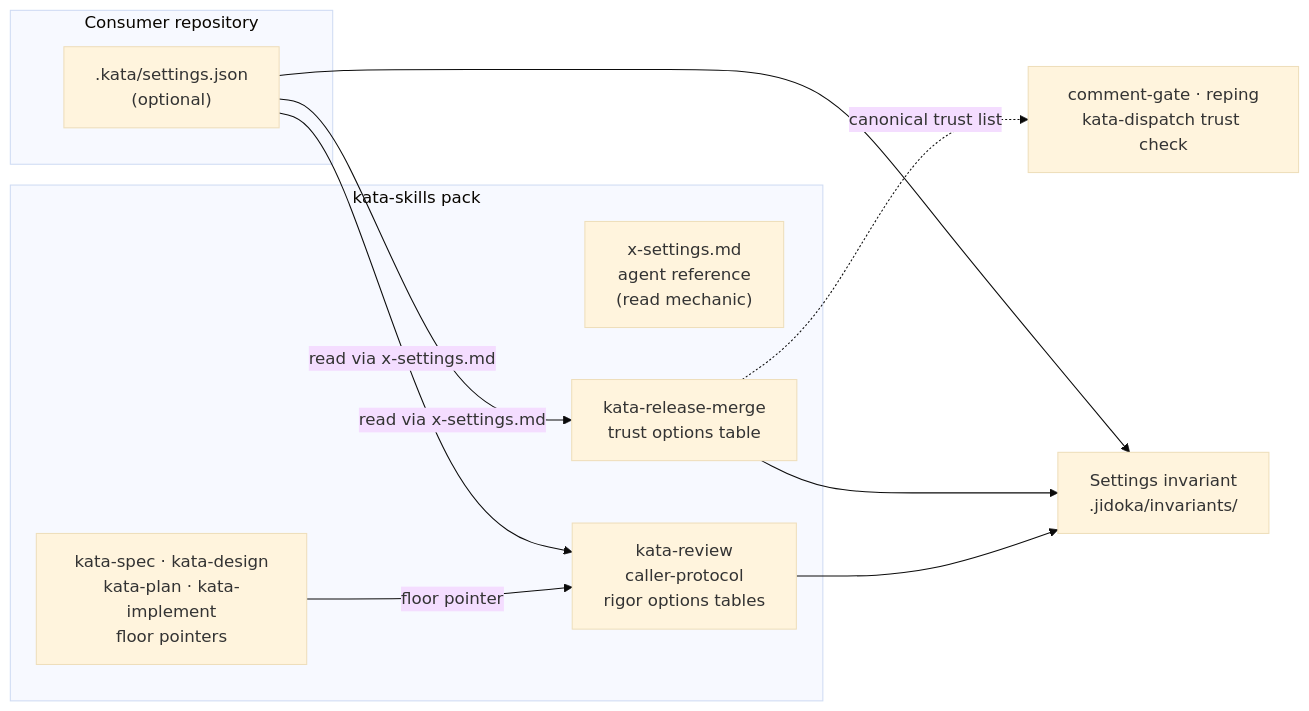
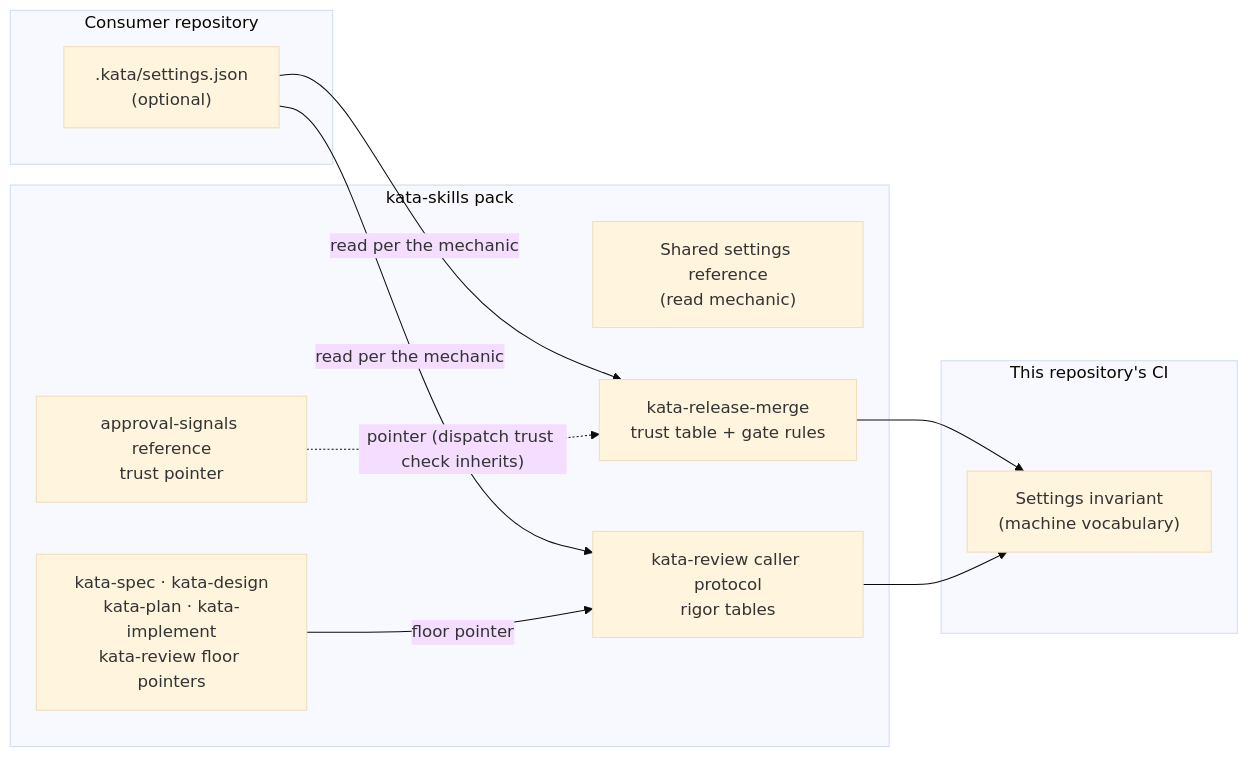
The diagram in specs/2290-kata-settings-file/design-a.md (forwardimpact/monorepo), drawn with Mermaid (base theme) before and after one commit. The commit also changed other lines of this file and 1 other file, not shown here.

First line of the commit message:
spec(2290): address review-panel findings on spec and design

````diff
--- a/specs/2290-kata-settings-file/design-a.md
+++ b/specs/2290-kata-settings-file/design-a.md
@@ -11,20 +11,22 @@
 ```mermaid
 graph LR
     subgraph consumer["Consumer repository"]
         SF[".kata/settings.json<br/>(optional)"]
     end
     subgraph pack["kata-skills pack"]
-        XR["x-settings.md<br/>agent reference<br/>(read mechanic)"]
-        RM["kata-release-merge<br/>trust options table"]
-        CP["kata-review<br/>caller-protocol<br/>rigor options tables"]
-        PH["kata-spec · kata-design<br/>kata-plan · kata-implement<br/>floor pointers"]
+        XR["Shared settings reference<br/>(read mechanic)"]
+        RM["kata-release-merge<br/>trust table + gate rules"]
+        CP["kata-review caller protocol<br/>rigor tables"]
+        PH["kata-spec · kata-design<br/>kata-plan · kata-implement<br/>kata-review floor pointers"]
+        AS["approval-signals reference<br/>trust pointer"]
     end
-    INV["Settings invariant<br/>.jidoka/invariants/"]
-    SF -->|"read via x-settings.md"| RM
-    SF -->|"read via x-settings.md"| CP
+    subgraph ci["This repository's CI"]
+        INV["Settings invariant<br/>(machine vocabulary)"]
+    end
+    SF -->|"read per the mechanic"| RM
+    SF -->|"read per the mechanic"| CP
     PH -->|"floor pointer"| CP
-    RM -.->|"canonical trust list"| GATES["comment-gate · reping<br/>kata-dispatch trust check"]
-    SF --> INV
+    AS -.->|"pointer (dispatch trust check inherits)"| RM
     RM --> INV
     CP --> INV
 ```
````
